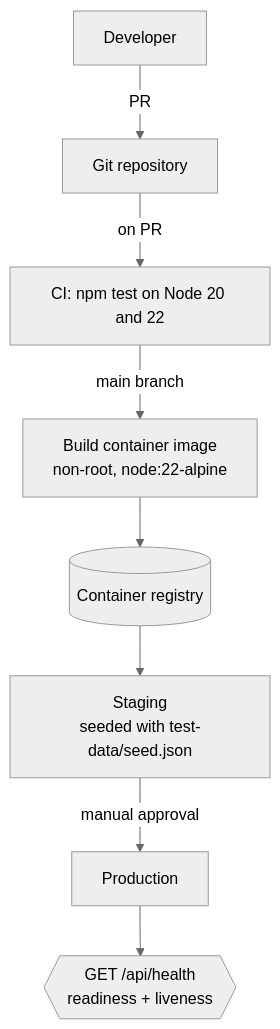
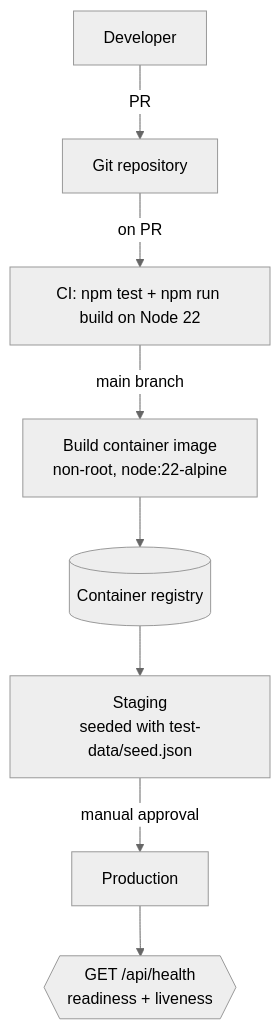
The diagram in docs/architecture/07-deployment-pipeline.mmd (michaelmacia/featureIntake), drawn with Mermaid (neutral theme) before and after one commit. The commit also changed 65 other files, not shown here.

```diff
--- a/docs/architecture/07-deployment-pipeline.mmd
+++ b/docs/architecture/07-deployment-pipeline.mmd
@@ -1,8 +1,8 @@
 flowchart TB
   DEV[Developer] -->|PR| GH[Git repository]
-  GH -->|on PR| CI[CI: npm test on Node 20 and 22]
+  GH -->|on PR| CI[CI: npm test + npm run build on Node 22]
   CI -->|main branch| BUILD[Build container image<br/>non-root, node:22-alpine]
   BUILD --> REG[(Container registry)]
   REG --> STG[Staging<br/>seeded with test-data/seed.json]
   STG -->|manual approval| PRD[Production]
   PRD --> HC{{GET /api/health<br/>readiness + liveness}}
```
